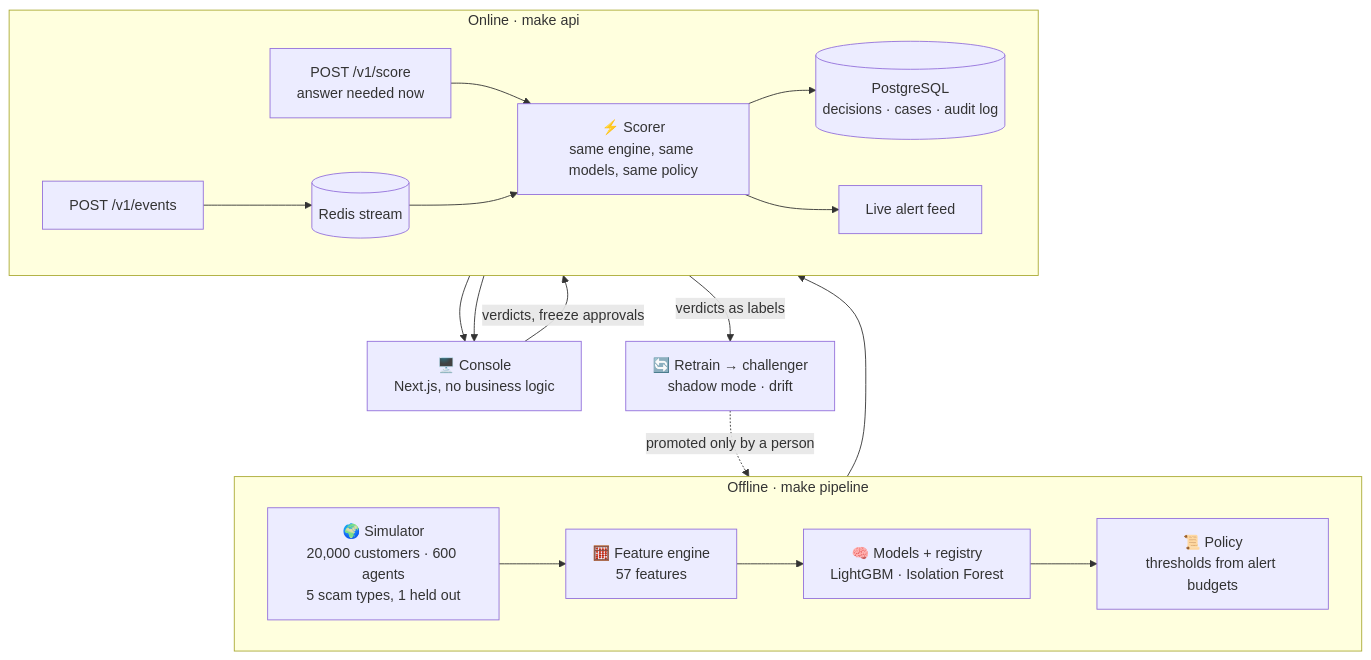
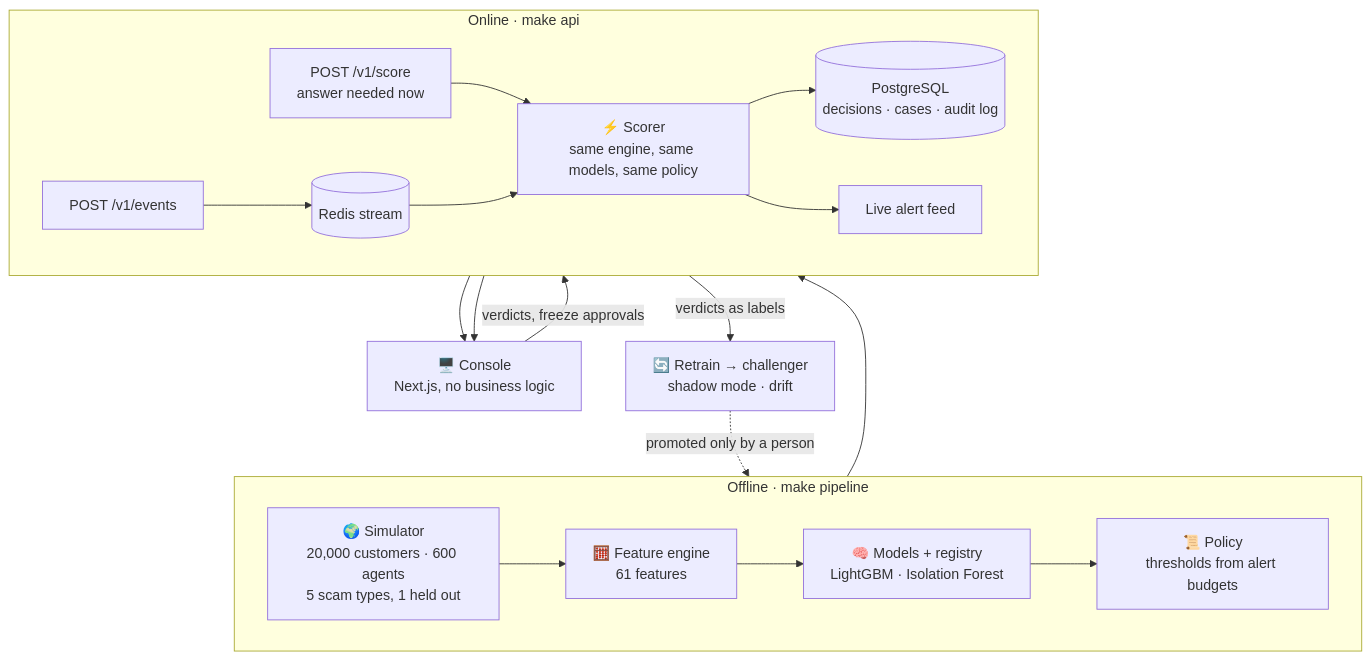
The seventh of 7 diagrams in README.md (0xdevabir/FraudLens), drawn with Mermaid before and after one commit. The commit also changed other lines of this file and 19 other files, not shown here.

````diff
--- a/README.md
+++ b/README.md
@@ -274,22 +275,22 @@
 ```mermaid
 flowchart TB
     subgraph OFF["Offline · make pipeline"]
         direction LR
-        S["🌍 Simulator<br/>20,000 customers · 600 agents<br/>5 scam types, 1 held out"] --> FE["🧮 Feature engine<br/>57 features"]
+        S["🌍 Simulator<br/>20,000 customers · 600 agents<br/>5 scam types, 1 held out"] --> FE["🧮 Feature engine<br/>61 features"]
         FE --> M["🧠 Models + registry<br/>LightGBM · Isolation Forest"]
         M --> P["📜 Policy<br/>thresholds from alert budgets"]
     end
     subgraph ON["Online · make api"]
         direction LR
         IN1["POST /v1/score<br/>answer needed now"] --> SC
         IN2["POST /v1/events"] --> RS[("Redis stream")] --> SC
         SC["⚡ Scorer<br/>same engine, same models, same policy"] --> PG[("PostgreSQL<br/>decisions · cases · audit log")]
         SC --> FEED["Live alert feed"]
     end
     P --> SC
     PG --> UI["🖥️ Console<br/>Next.js, no business logic"]
     FEED --> UI
     UI -->|"verdicts, freeze approvals"| PG
     PG -->|"verdicts as labels"| RT["🔄 Retrain → challenger<br/>shadow mode · drift"]
     RT -.->|"promoted only by a person"| M
 ```
````
